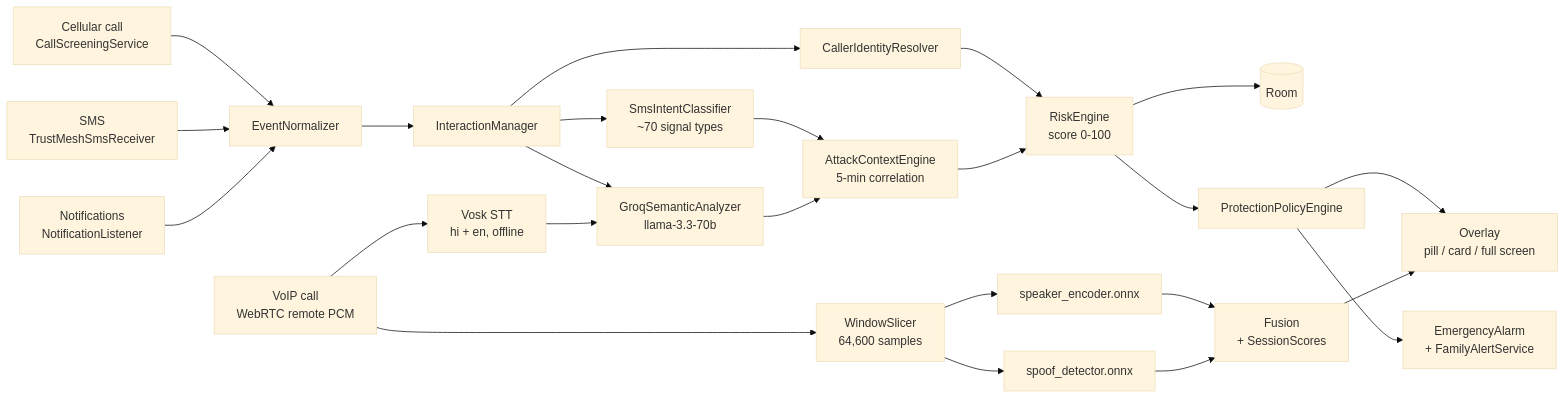
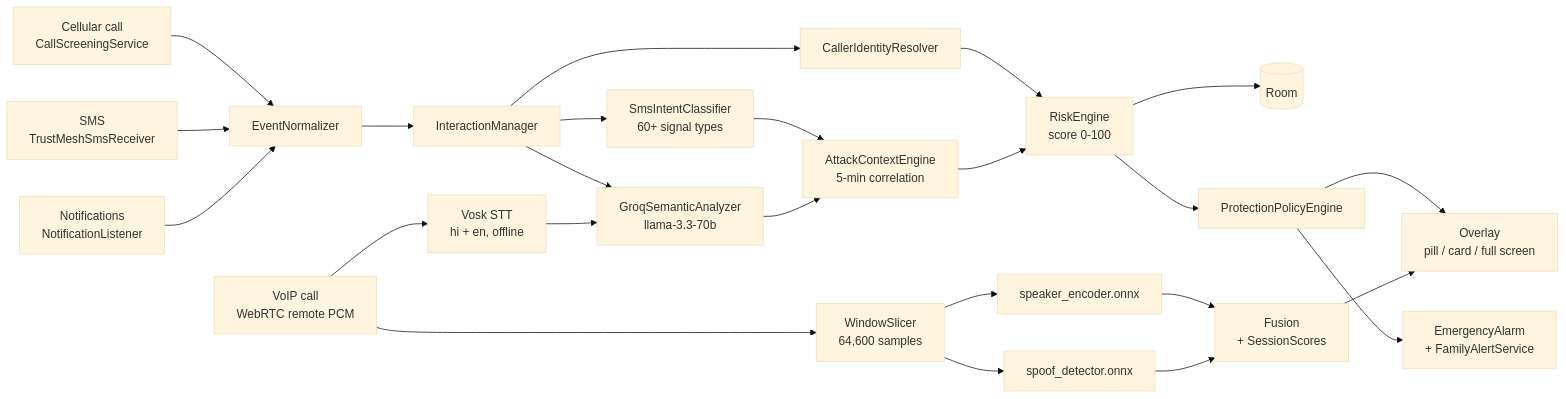
One commit to shreyanshsharma-1210/Mythos_TriNetra changed the diagram in README.md. Above: the diagram before and after it, drawn with Mermaid (base theme). The commit also changed other lines of this file, not shown here.

````diff
--- a/README.md
+++ b/README.md
@@ -97,30 +113,30 @@
 ```mermaid
 flowchart LR
     CALL["Cellular call<br/>CallScreeningService"] --> NORM[EventNormalizer]
     SMS["SMS<br/>TrustMeshSmsReceiver"] --> NORM
     NOTIF["Notifications<br/>NotificationListener"] --> NORM
 
     NORM --> IM[InteractionManager]
     IM --> ID[CallerIdentityResolver]
-    IM --> SIC["SmsIntentClassifier<br/>~70 signal types"]
+    IM --> SIC["SmsIntentClassifier<br/>60+ signal types"]
     IM --> GROQ["GroqSemanticAnalyzer<br/>llama-3.3-70b"]
 
     SIC --> ACE["AttackContextEngine<br/>5-min correlation"]
     GROQ --> ACE
     ID --> RE["RiskEngine<br/>score 0-100"]
     ACE --> RE
 
     RE --> DB[("Room")]
     RE --> PPE[ProtectionPolicyEngine]
     PPE --> OV["Overlay<br/>pill / card / full screen"]
     PPE --> AL["EmergencyAlarm<br/>+ FamilyAlertService"]
 
     VOIP["VoIP call<br/>WebRTC remote PCM"] --> WS["WindowSlicer<br/>64,600 samples"]
     WS --> SE[speaker_encoder.onnx]
     WS --> SD[spoof_detector.onnx]
     SE --> FUS["Fusion<br/>+ SessionScores"]
     SD --> FUS
     VOIP --> VOSK["Vosk STT<br/>hi + en, offline"]
     VOSK --> GROQ
     FUS --> OV
 ```
````
